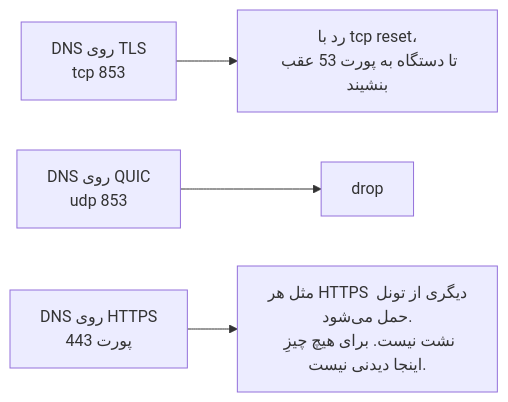
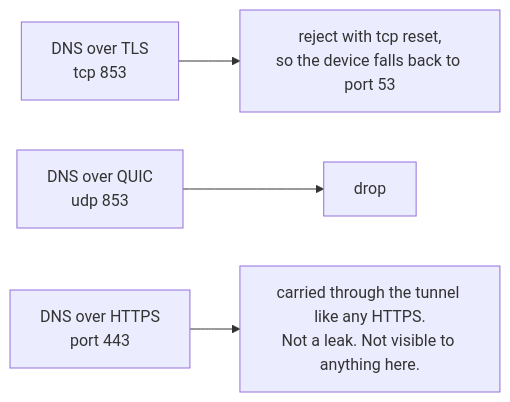
Before and after one commit to Iman/caspian: the eighth of 8 diagrams in docs/wiki/Architecture.fa.md, drawn with Mermaid. The commit also changed other lines of this file and 149 other files, not shown here.

````diff
--- a/docs/wiki/Architecture.fa.md
+++ b/docs/wiki/Architecture.fa.md
@@ -365,6 +339,6 @@
 ```mermaid
 flowchart LR
-    DOT["DNS روی TLS<br/>tcp 853"] --> REJ["رد با tcp reset،<br/>تا دستگاه به پورت 53 عقب بنشیند"]
-    DOQ["DNS روی QUIC<br/>udp 853"] --> DRP["drop"]
-    DOH["DNS روی HTTPS<br/>پورت 443"] --> CAR["مثل هر HTTPS دیگری از تونل حمل می‌شود.<br/>نشت نیست. برای هیچ چیزِ اینجا دیدنی نیست."]
+    DOT["DNS over TLS<br/>tcp 853"] --> REJ["reject with tcp reset,<br/>so the device falls back to port 53"]
+    DOQ["DNS over QUIC<br/>udp 853"] --> DRP["drop"]
+    DOH["DNS over HTTPS<br/>port 443"] --> CAR["carried through the tunnel like any HTTPS.<br/>Not a leak. Not visible to anything here."]
 ```
````
